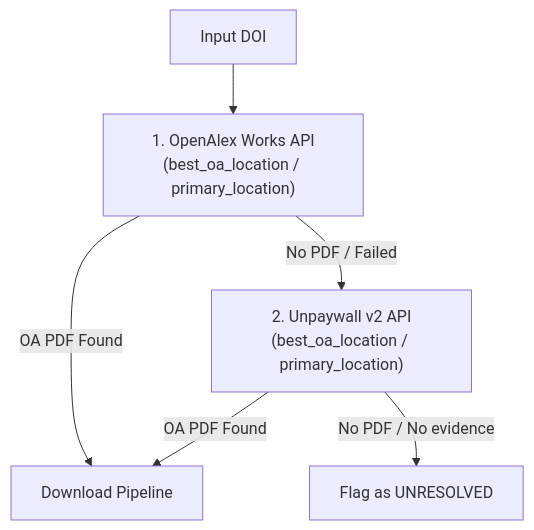
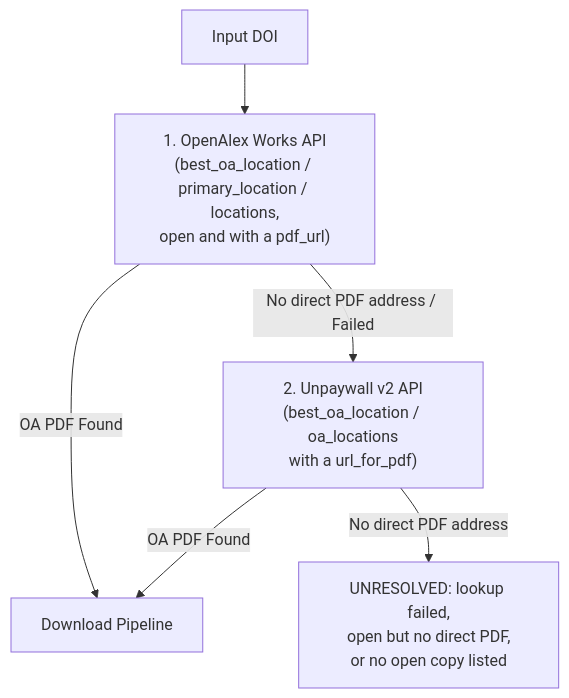
One commit to nexus-scholar-org/nexus-scholar-harness changed the diagram in .agents/plugins/nexus-scholar/skills/scholar-pdf-kit/references/resolution_and_download.md. Above: the diagram before and after it, drawn with Mermaid. The commit also changed other lines of this file and 8 other files, not shown here.

````diff
--- a/.agents/plugins/nexus-scholar/skills/scholar-pdf-kit/references/resolution_and_download.md
+++ b/.agents/plugins/nexus-scholar/skills/scholar-pdf-kit/references/resolution_and_download.md
@@ -12,8 +12,8 @@
 ```mermaid
 flowchart TD
-    DOI["Input DOI"] --> OA["1. OpenAlex Works API\n(best_oa_location / primary_location)"]
+    DOI["Input DOI"] --> OA["1. OpenAlex Works API\n(best_oa_location / primary_location / locations,\nopen and with a pdf_url)"]
     OA -- "OA PDF Found" --> DL["Download Pipeline"]
-    OA -- "No PDF / Failed" --> UP["2. Unpaywall v2 API\n(best_oa_location / primary_location)"]
+    OA -- "No direct PDF address / Failed" --> UP["2. Unpaywall v2 API\n(best_oa_location / oa_locations\nwith a url_for_pdf)"]
     UP -- "OA PDF Found" --> DL
-    UP -- "No PDF / No evidence" --> FAIL["Flag as UNRESOLVED"]
+    UP -- "No direct PDF address" --> FAIL["UNRESOLVED: lookup failed,\nopen but no direct PDF,\nor no open copy listed"]
 ```
````
